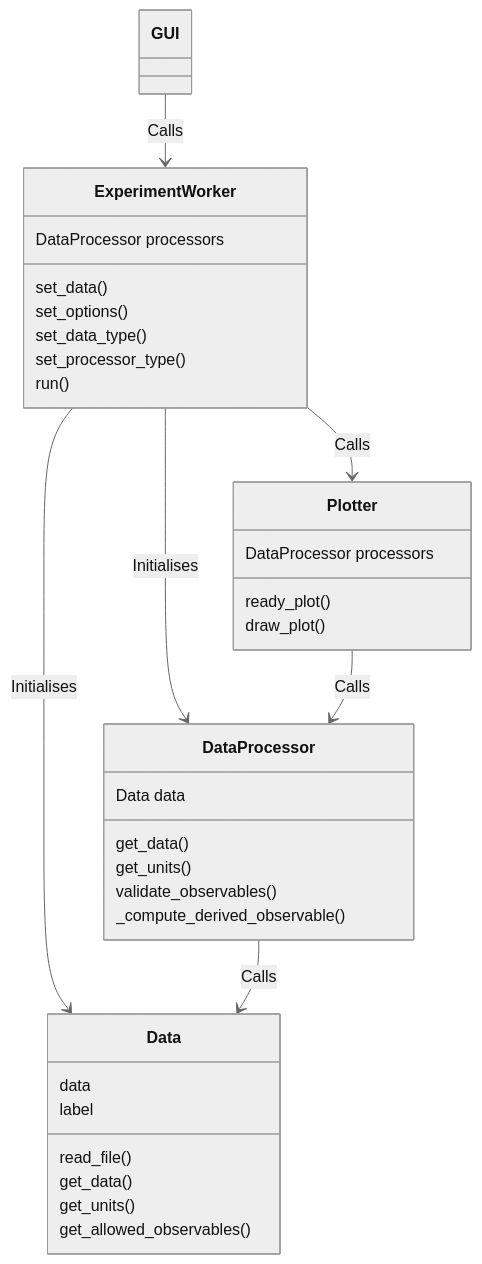
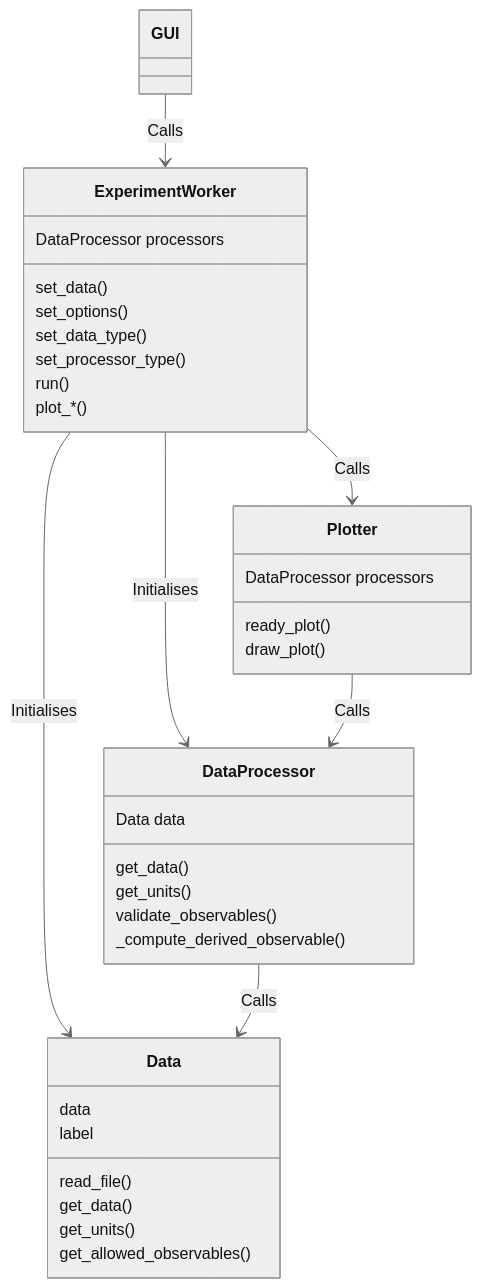
The first of 5 diagrams in README.md (Allyson-Robert/X-LAB_Plotting_Manager), drawn with Mermaid (neutral theme) before and after one commit. The commit also changed other lines of this file, not shown here.

````diff
--- a/README.md
+++ b/README.md
@@ -98,38 +98,39 @@
 ```mermaid
 classDiagram
 GUI --> ExperimentWorker: Calls
 class ExperimentWorker{
     DataProcessor processors
     set_data()
     set_options()
     set_data_type()
     set_processor_type()
     run()
+    plot_*()
 }
 class Plotter{
     DataProcessor processors
     ready_plot()
     draw_plot()
 }
 class DataProcessor{
     Data data
     get_data()
     get_units()
     validate_observables()
     _compute_derived_observable()
 }
 class Data{
     data
     label
     read_file()
     get_data()
     get_units()
     get_allowed_observables()
 }
 
 ExperimentWorker --> Data: Initialises
 ExperimentWorker --> Plotter: Calls
 ExperimentWorker --> DataProcessor: Initialises
 Plotter --> DataProcessor: Calls
 DataProcessor --> Data: Calls
 ```
````
